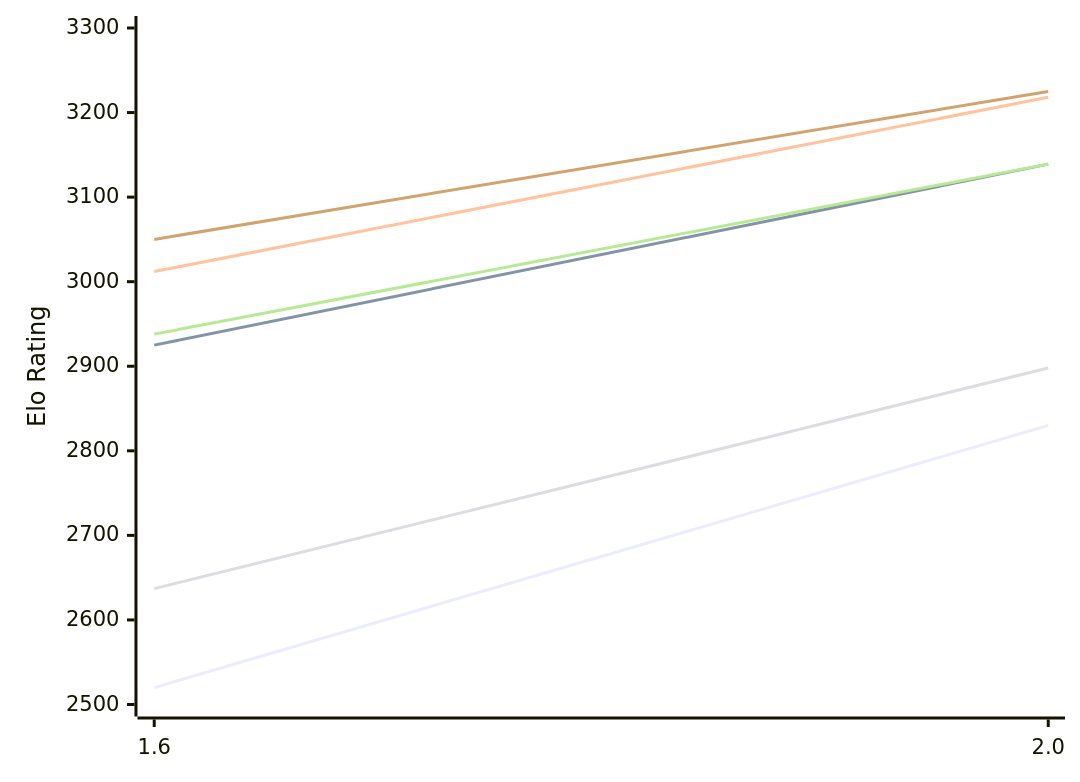
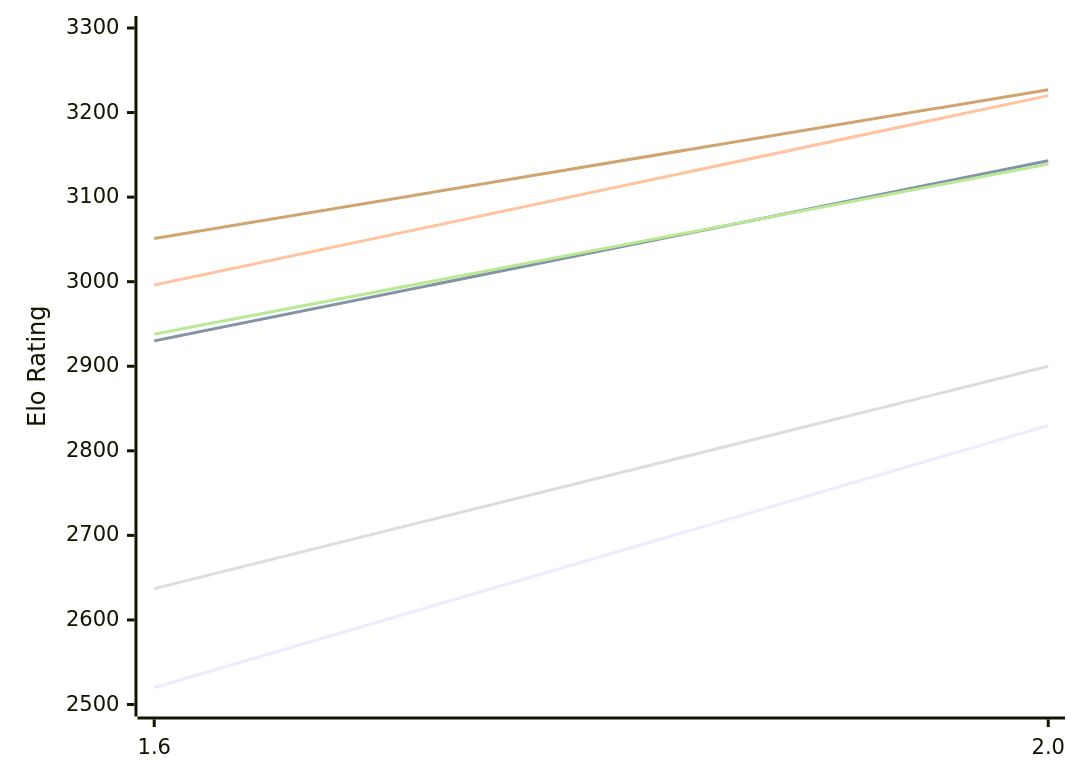
Before and after one commit to computer-chess-index/cci: the first of 2 diagrams in engines/Onyx.md, drawn with Mermaid. The commit also changed other lines of this file, not shown here.

Commit message:
Update CCI Ratings (ELO VLTC) - 2026-11-27

````diff
--- a/engines/Onyx.md
+++ b/engines/Onyx.md
@@ -50,12 +50,12 @@
 ```mermaid
 %%{init: {"theme":"base","themeVariables":{"seriesColors:['#a3a3a3','#222221','#faa371']}}}%%
 xychart-beta
   x-axis ["1.6", "2.0"]
   y-axis "Elo Rating" 2500 --> 3300
   line "E1: STC (8.0+0.08s)" [2520, 2830]
-  line "E1: LTC (60.0+0.60s)" [2925, 3139]
-  line "E1: VLTC (2m24s+1.12s)" [3012, 3218]
-  line "P1: STC (8.0+0.08s)" [2637, 2898]
+  line "E1: LTC (60.0+0.60s)" [2930, 3143]
+  line "E1: VLTC (2m24s+1.12s)" [2996, 3220]
+  line "P1: STC (8.0+0.08s)" [2637, 2900]
   line "P1: LTC (60.0+0.60s)" [2938, 3139]
-  line "P1: VLTC (2m24s+1.12s)" [3050, 3225]
+  line "P1: VLTC (2m24s+1.12s)" [3051, 3227]
 ```
````
